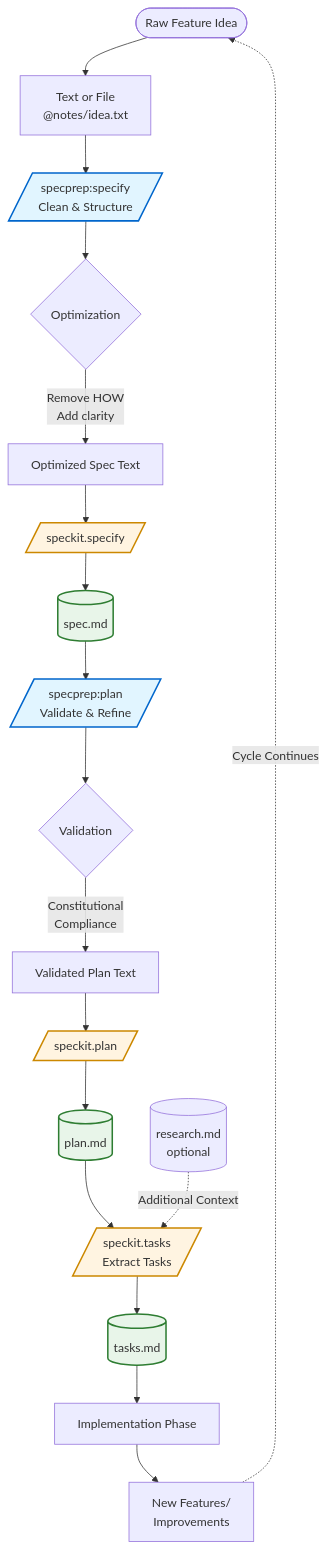
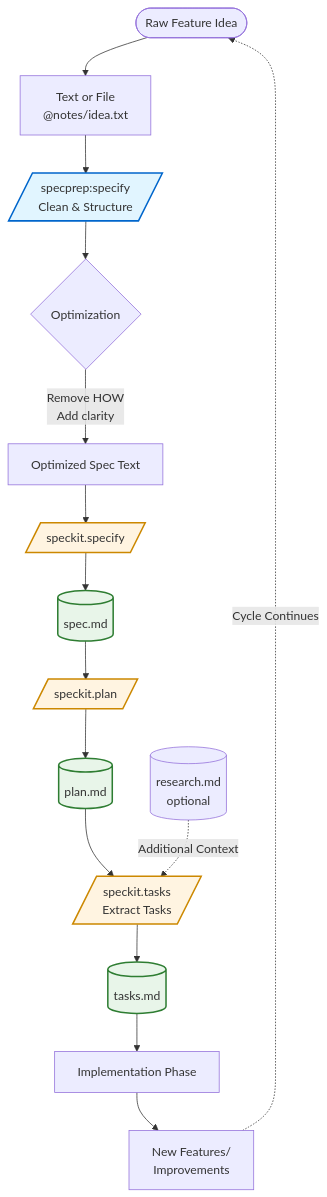
The diagram in specprep/README.md (joaquimscosta/arkhe-claude-plugins), drawn with Mermaid before and after one commit. The commit also changed other lines of this file and 7 other files, not shown here.

First line of the commit message:
refactor(specprep): remove plan command to simplify plugin

````diff
--- a/specprep/README.md
+++ b/specprep/README.md
@@ -32,35 +30,30 @@
 ```mermaid
 flowchart TD
     Start([Raw Feature Idea]) --> Input1[Text or File<br/>@notes/idea.txt]
 
     Input1 --> SpecPrep1[/specprep:specify<br/>Clean & Structure/]
     SpecPrep1 --> Opt1{Optimization}
     Opt1 -->|Remove HOW<br/>Add clarity| Output1[Optimized Spec Text]
 
     Output1 --> SpecKit1[/speckit.specify/]
     SpecKit1 --> Artifact1[(spec.md)]
 
-    Artifact1 --> SpecPrep2[/specprep:plan<br/>Validate & Refine/]
-    SpecPrep2 --> Opt2{Validation}
-    Opt2 -->|Constitutional<br/>Compliance| Output2[Validated Plan Text]
-
-    Output2 --> SpecKit2[/speckit.plan/]
+    Artifact1 --> SpecKit2[/speckit.plan/]
     SpecKit2 --> Artifact2[(plan.md)]
 
     Artifact2 --> SpecKit3[/speckit.tasks<br/>Extract Tasks/]
     Research[(research.md<br/>optional)] -.->|Additional Context| SpecKit3
     SpecKit3 --> Artifact3[(tasks.md)]
 
     Artifact3 --> Implementation[Implementation Phase]
     Implementation --> NewIdeas[New Features/<br/>Improvements]
     NewIdeas -.->|Cycle Continues| Start
 
     style SpecPrep1 fill:#e1f5ff,stroke:#0066cc,stroke-width:2px
-    style SpecPrep2 fill:#e1f5ff,stroke:#0066cc,stroke-width:2px
     style SpecKit1 fill:#fff4e1,stroke:#cc8800,stroke-width:2px
     style SpecKit2 fill:#fff4e1,stroke:#cc8800,stroke-width:2px
     style SpecKit3 fill:#fff4e1,stroke:#cc8800,stroke-width:2px
     style Artifact1 fill:#e8f5e9,stroke:#2e7d32,stroke-width:2px
     style Artifact2 fill:#e8f5e9,stroke:#2e7d32,stroke-width:2px
     style Artifact3 fill:#e8f5e9,stroke:#2e7d32,stroke-width:2px
 ```
````
